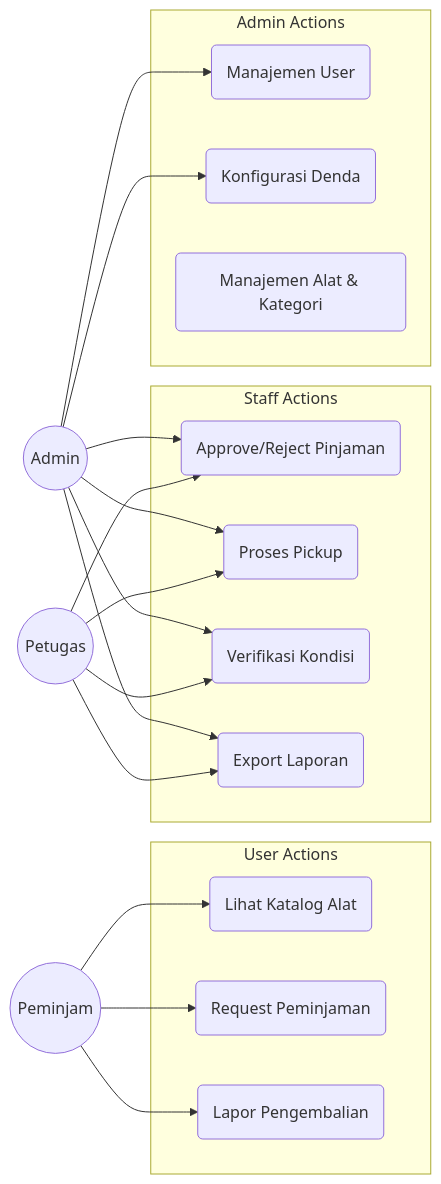
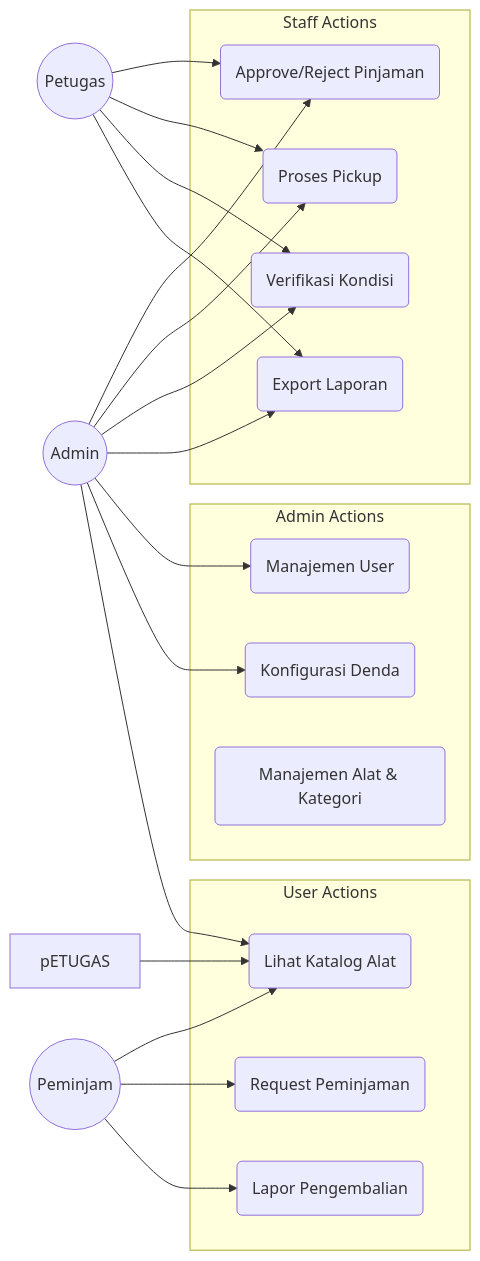
Before and after one commit to Vrdeyy/spk1: the second of 2 diagrams in README.md, drawn with Mermaid.

````diff
--- a/README.md
+++ b/README.md
@@ -67,41 +67,43 @@
 ```mermaid
 flowchart LR
     Peminjam((Peminjam))
     Petugas((Petugas))
     Admin((Admin))
 
     subgraph User_Actions [User Actions]
         P1(Lihat Katalog Alat)
         P2(Request Peminjaman)
         P3(Lapor Pengembalian)
     end
 
     subgraph Staff_Actions [Staff Actions]
         S1(Approve/Reject Pinjaman)
         S2(Proses Pickup)
         S3(Verifikasi Kondisi)
         S4(Export Laporan)
     end
 
     subgraph Admin_Actions [Admin Actions]
         A1(Manajemen User)
         A2(Konfigurasi Denda)
         A3(Manajemen Alat & Kategori)
     end
 
     Peminjam --> P1
     Peminjam --> P2
     Peminjam --> P3
 
     Petugas --> S1
     Petugas --> S2
     Petugas --> S3
     Petugas --> S4
+    pETUGAS --> P1
 
     Admin --> S1
     Admin --> S2
     Admin --> S3
     Admin --> S4
     Admin --> A1
     Admin --> A2
+    Admin --> P1
 ```
````
